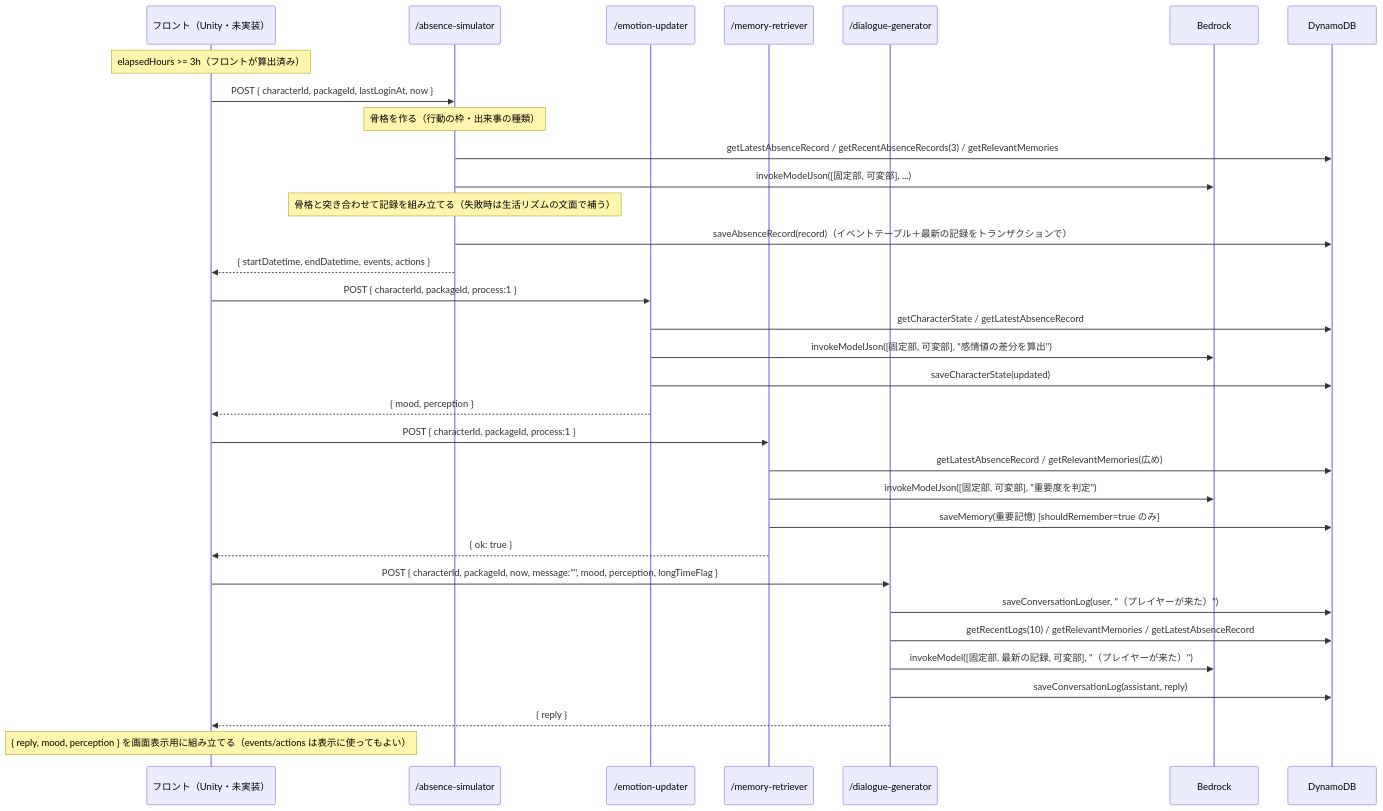
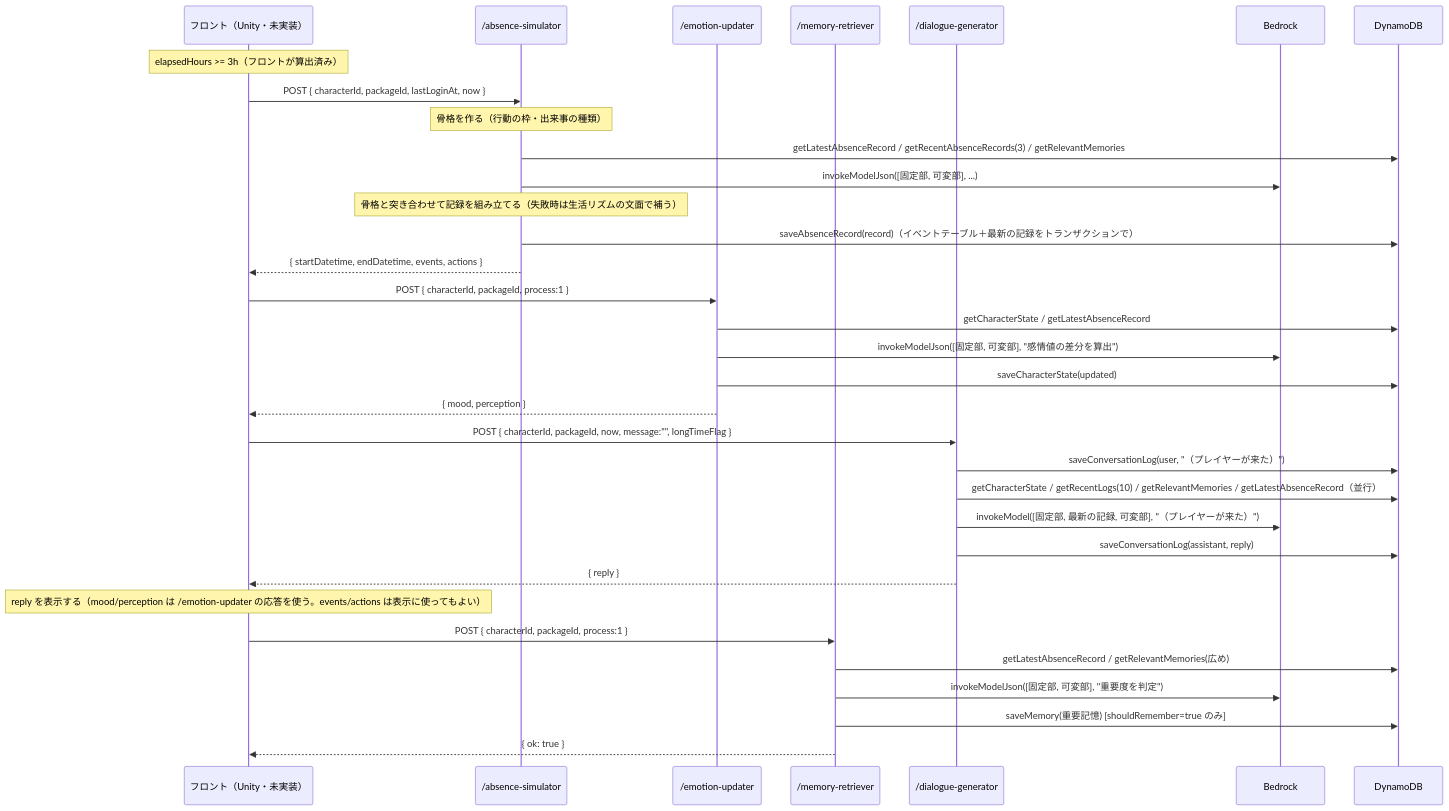
The fifth of 10 diagrams in README.md (yatohana1231-ux/vtuber-simulator-api), drawn with Mermaid before and after one commit. The commit also changed other lines of this file and 12 other files, not shown here.

First line of the commit message:
feat: always read mood/perception from DynamoDB in dialogue-generator

````diff
--- a/README.md
+++ b/README.md
@@ -277,41 +277,41 @@
 ```mermaid
 sequenceDiagram
     participant Front as フロント（Unity・未実装）
     participant AS as /absence-simulator
     participant EU as /emotion-updater
     participant MR as /memory-retriever
     participant DG as /dialogue-generator
     participant BK as Bedrock
     participant DB as DynamoDB
 
     Note over Front: elapsedHours >= 3h（フロントが算出済み）
 
     Front->>AS: POST { characterId, packageId, lastLoginAt, now }
     Note over AS: 骨格を作る（行動の枠・出来事の種類）
     AS->>DB: getLatestAbsenceRecord / getRecentAbsenceRecords(3) / getRelevantMemories
     AS->>BK: invokeModelJson([固定部, 可変部], ...)
     Note over AS: 骨格と突き合わせて記録を組み立てる（失敗時は生活リズムの文面で補う）
     AS->>DB: saveAbsenceRecord(record)（イベントテーブル＋最新の記録をトランザクションで）
     AS-->>Front: { startDatetime, endDatetime, events, actions }
 
     Front->>EU: POST { characterId, packageId, process:1 }
     EU->>DB: getCharacterState / getLatestAbsenceRecord
     EU->>BK: invokeModelJson([固定部, 可変部], "感情値の差分を算出")
     EU->>DB: saveCharacterState(updated)
     EU-->>Front: { mood, perception }
 
+    Front->>DG: POST { characterId, packageId, now, message:"", longTimeFlag }
+    DG->>DB: saveConversationLog(user, "（プレイヤーが来た）")
+    DG->>DB: getCharacterState / getRecentLogs(10) / getRelevantMemories / getLatestAbsenceRecord（並行）
+    DG->>BK: invokeModel([固定部, 最新の記録, 可変部], "（プレイヤーが来た）")
+    DG->>DB: saveConversationLog(assistant, reply)
+    DG-->>Front: { reply }
+
+    Note over Front: reply を表示する（mood/perception は /emotion-updater の応答を使う。events/actions は表示に使ってもよい）
+
     Front->>MR: POST { characterId, packageId, process:1 }
     MR->>DB: getLatestAbsenceRecord / getRelevantMemories(広め)
     MR->>BK: invokeModelJson([固定部, 可変部], "重要度を判定")
     MR->>DB: saveMemory(重要記憶) [shouldRemember=true のみ]
     MR-->>Front: { ok: true }
-
-    Front->>DG: POST { characterId, packageId, now, message:"", mood, perception, longTimeFlag }
-    DG->>DB: saveConversationLog(user, "（プレイヤーが来た）")
-    DG->>DB: getRecentLogs(10) / getRelevantMemories / getLatestAbsenceRecord
-    DG->>BK: invokeModel([固定部, 最新の記録, 可変部], "（プレイヤーが来た）")
-    DG->>DB: saveConversationLog(assistant, reply)
-    DG-->>Front: { reply }
-
-    Note over Front: { reply, mood, perception } を画面表示用に組み立てる（events/actions は表示に使ってもよい）
 ```
````
